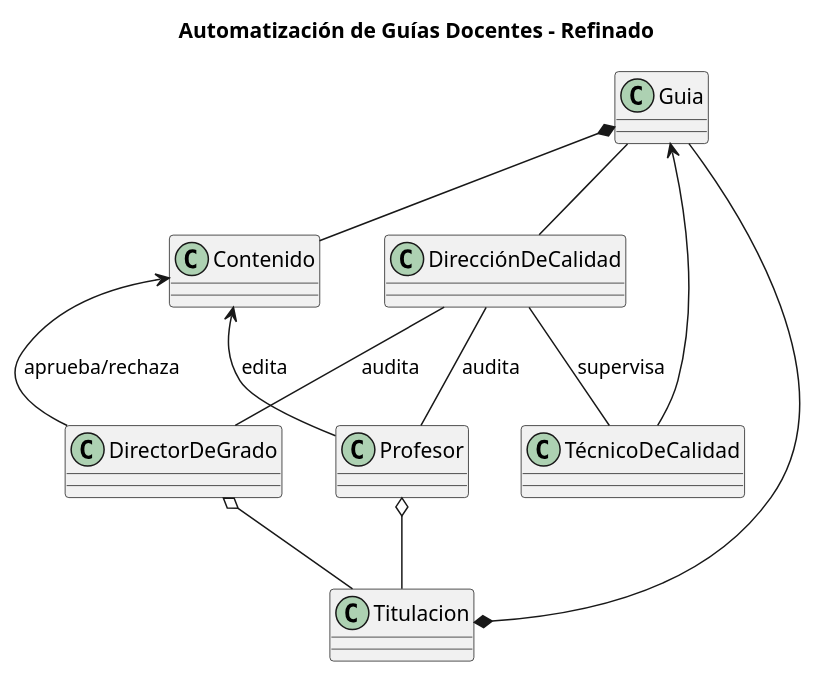
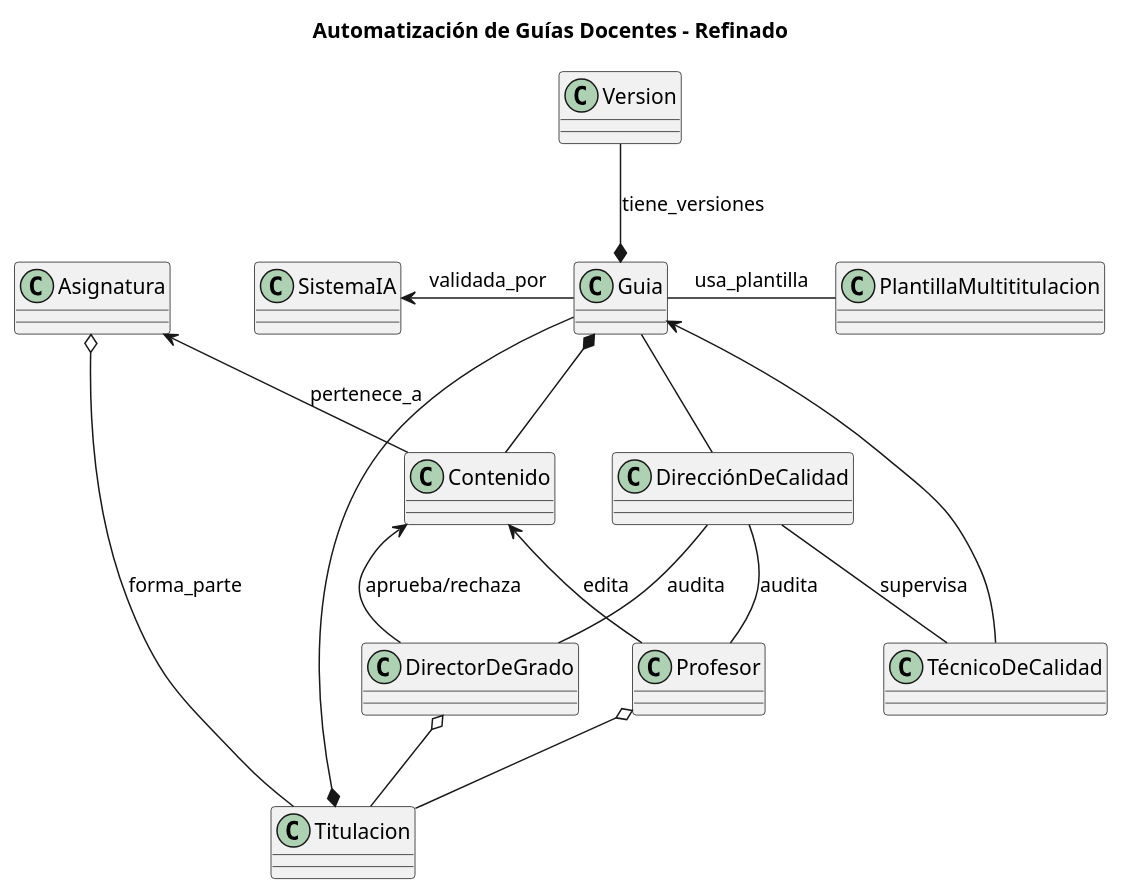
Before and after one commit to mmasias/24-25-IdSw1-SDR: the diagram in ModeloDelDominio/DiagramaDeClases.puml, drawn with PlantUML.

Commit message:
Trazabilidad y verificación

```diff
--- a/ModeloDelDominio/DiagramaDeClases.puml
+++ b/ModeloDelDominio/DiagramaDeClases.puml
@@ -1,28 +1,40 @@
-@startuml Diagrama de Clases
+⁠ @startuml Diagrama de Clases
 title Automatización de Guías Docentes - Refinado
 
 class Profesor
 class DirectorDeGrado
 class TécnicoDeCalidad
 class DirecciónDeCalidad
 class Guia
 class Contenido
 class Titulacion
+class Asignatura
+class PlantillaMultititulacion
+class SistemaIA
+class Version
+
 
 Guia -- DirecciónDeCalidad
 Guia <-- TécnicoDeCalidad
 Guia --* Titulacion
 Guia *-- Contenido
+Guia -right- PlantillaMultititulacion: usa_plantilla
+Guia -left-> SistemaIA: validada_por
+Guia *-up- Version: tiene_versiones
+
 
 DirecciónDeCalidad -- TécnicoDeCalidad: supervisa
 DirecciónDeCalidad -- Profesor: audita
 DirecciónDeCalidad -- DirectorDeGrado: audita
 
 Profesor o-- Titulacion
 DirectorDeGrado o-- Titulacion
 
 Contenido <-- DirectorDeGrado: aprueba/rechaza
 Contenido <-- Profesor: edita
-
+Asignatura <-- Contenido: pertenece_a
+Asignatura o-- Titulacion: forma_parte
 
 @enduml
+
+@enduml
```
